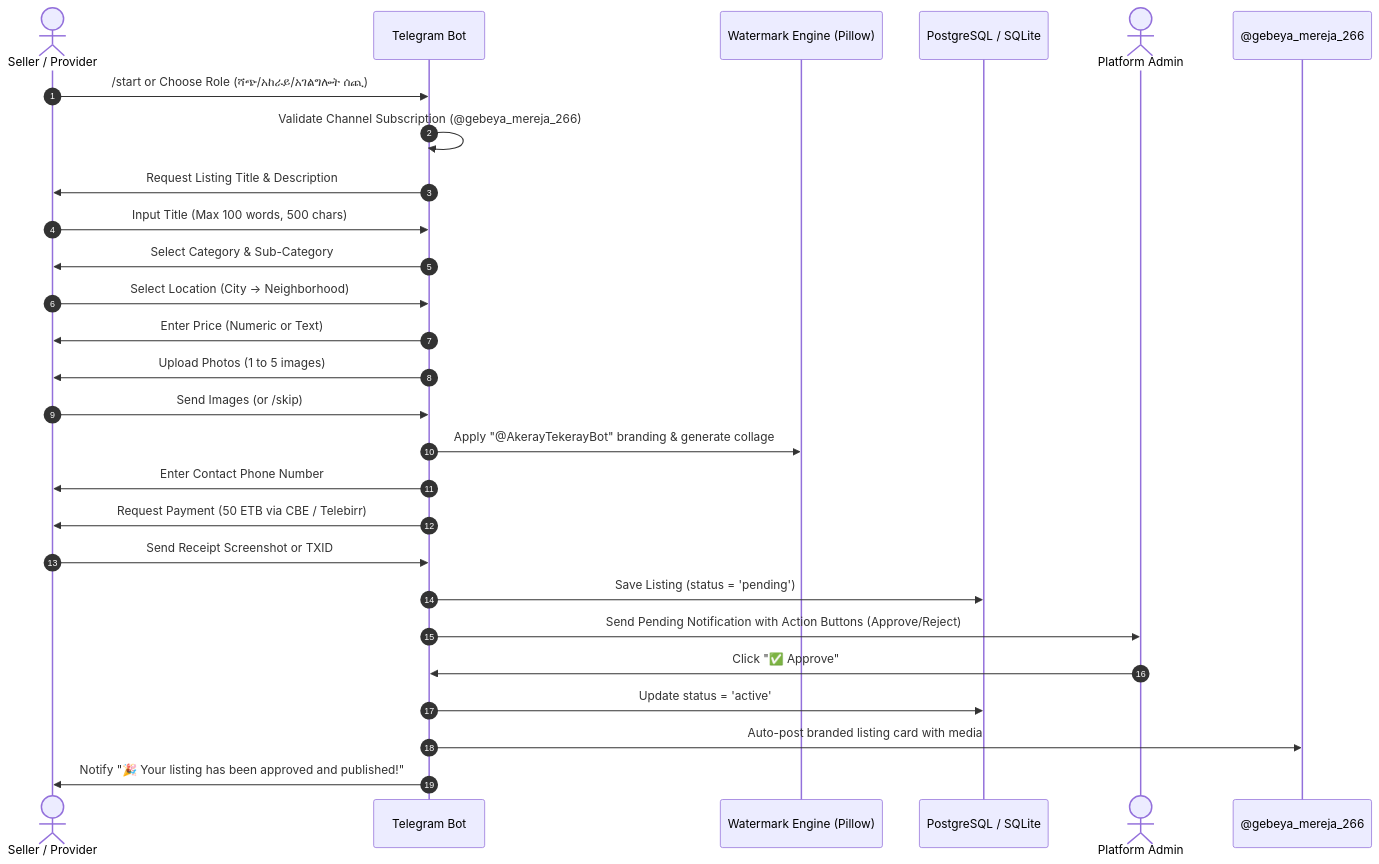
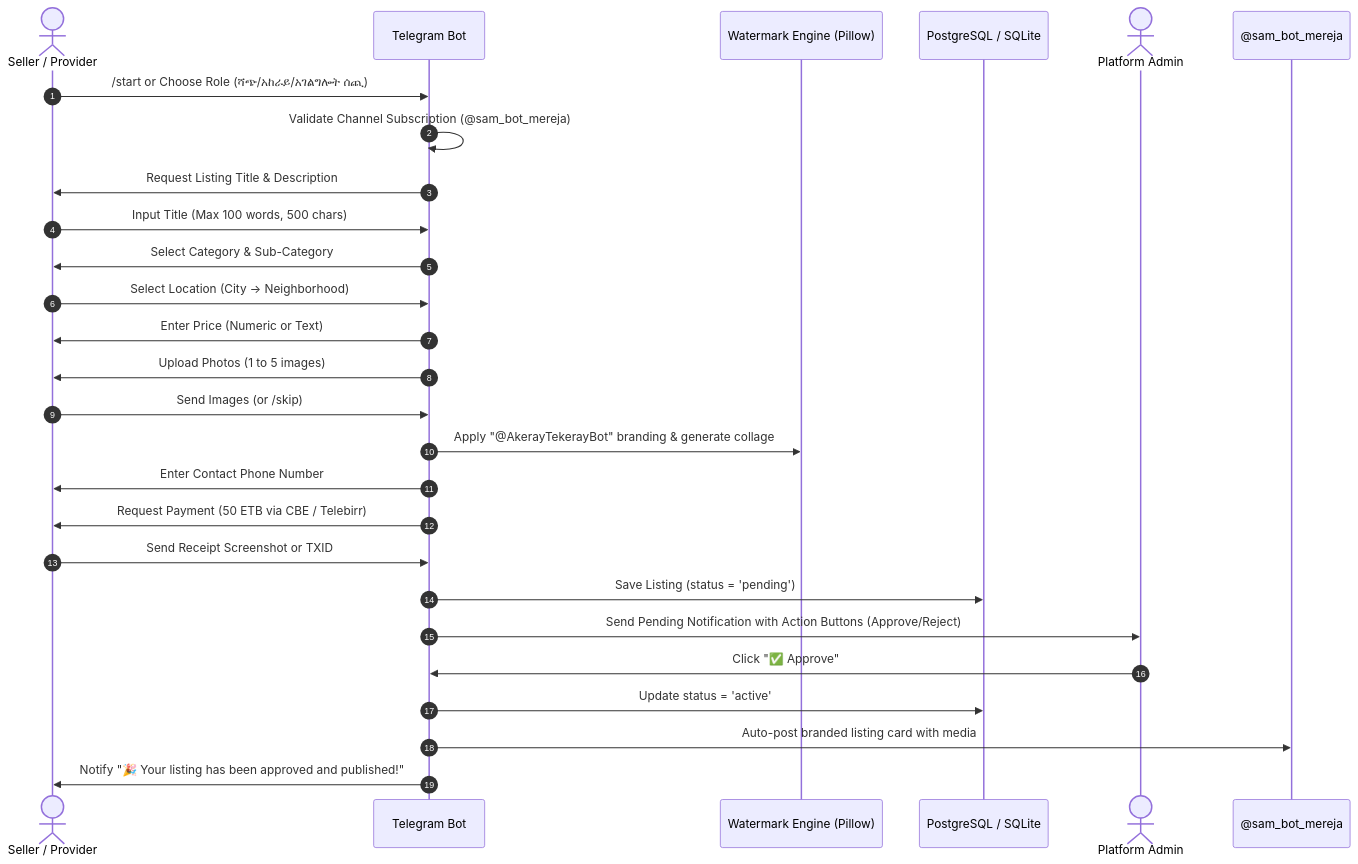
Before and after one commit to Samson321-coder/Gebeya1---Copy---Copy-ypoc_ypoc_1ayebeg: the diagram in PRD.md, drawn with Mermaid. The commit also changed other lines of this file and 5 other files, not shown here.

Commit message:
sam bot mereja

````diff
--- a/PRD.md
+++ b/PRD.md
@@ -105,30 +105,30 @@
 ```mermaid
 sequenceDiagram
     autonumber
     actor Seller as Seller / Provider
     participant Bot as Telegram Bot
     participant Watermark as Watermark Engine (Pillow)
     participant DB as PostgreSQL / SQLite
     actor Admin as Platform Admin
-    participant Channel as @gebeya_mereja_266
+    participant Channel as @sam_bot_mereja
 
     Seller->>Bot: /start or Choose Role (ሻጭ/አከራይ/አገልግሎት ሰጪ)
-    Bot->>Bot: Validate Channel Subscription (@gebeya_mereja_266)
+    Bot->>Bot: Validate Channel Subscription (@sam_bot_mereja)
     Bot->>Seller: Request Listing Title & Description
     Seller->>Bot: Input Title (Max 100 words, 500 chars)
     Bot->>Seller: Select Category & Sub-Category
     Seller->>Bot: Select Location (City -> Neighborhood)
     Bot->>Seller: Enter Price (Numeric or Text)
     Bot->>Seller: Upload Photos (1 to 5 images)
     Seller->>Bot: Send Images (or /skip)
     Bot->>Watermark: Apply "@AkerayTekerayBot" branding & generate collage
     Bot->>Seller: Enter Contact Phone Number
     Bot->>Seller: Request Payment (50 ETB via CBE / Telebirr)
     Seller->>Bot: Send Receipt Screenshot or TXID
     Bot->>DB: Save Listing (status = 'pending')
     Bot->>Admin: Send Pending Notification with Action Buttons (Approve/Reject)
     Admin->>Bot: Click "✅ Approve"
     Bot->>DB: Update status = 'active'
     Bot->>Channel: Auto-post branded listing card with media
     Bot->>Seller: Notify "🎉 Your listing has been approved and published!"
 ```
````
